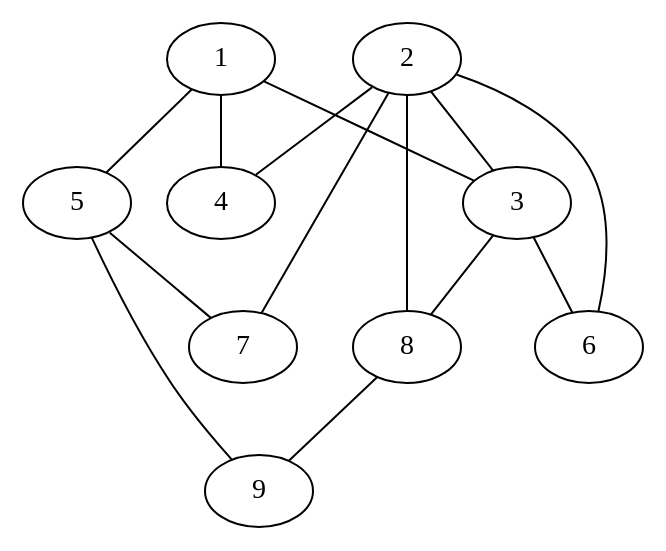
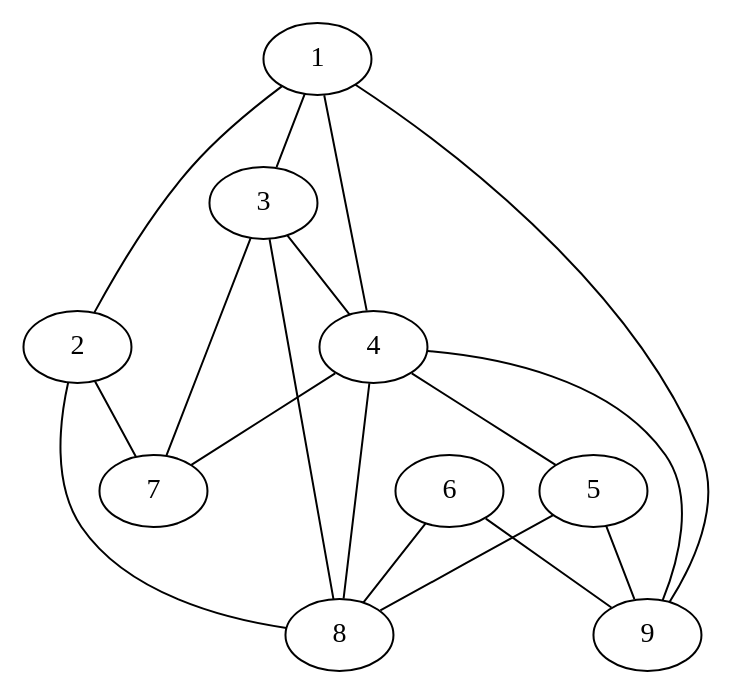
One commit to derb/VAA changed the diagram in ueb02/gen_graph.dot. Above: the diagram before and after it, drawn with Graphviz. The commit also changed 1 other file, not shown here.

```diff
--- a/ueb02/gen_graph.dot
+++ b/ueb02/gen_graph.dot
@@ -1,15 +1,19 @@
 graph generated_Graph {
+1 -- 2;
+1 -- 3;
+1 -- 9;
 1 -- 4;
-1 -- 5;
-1 -- 3;
 2 -- 8;
-2 -- 3;
-2 -- 4;
-2 -- 6;
 2 -- 7;
+3 -- 7;
 3 -- 8;
-3 -- 6;
+3 -- 4;
+4 -- 5;
+4 -- 7;
+4 -- 8;
+4 -- 9;
+5 -- 8;
 5 -- 9;
-5 -- 7;
-8 -- 9;
+6 -- 8;
+6 -- 9;
 }
```
